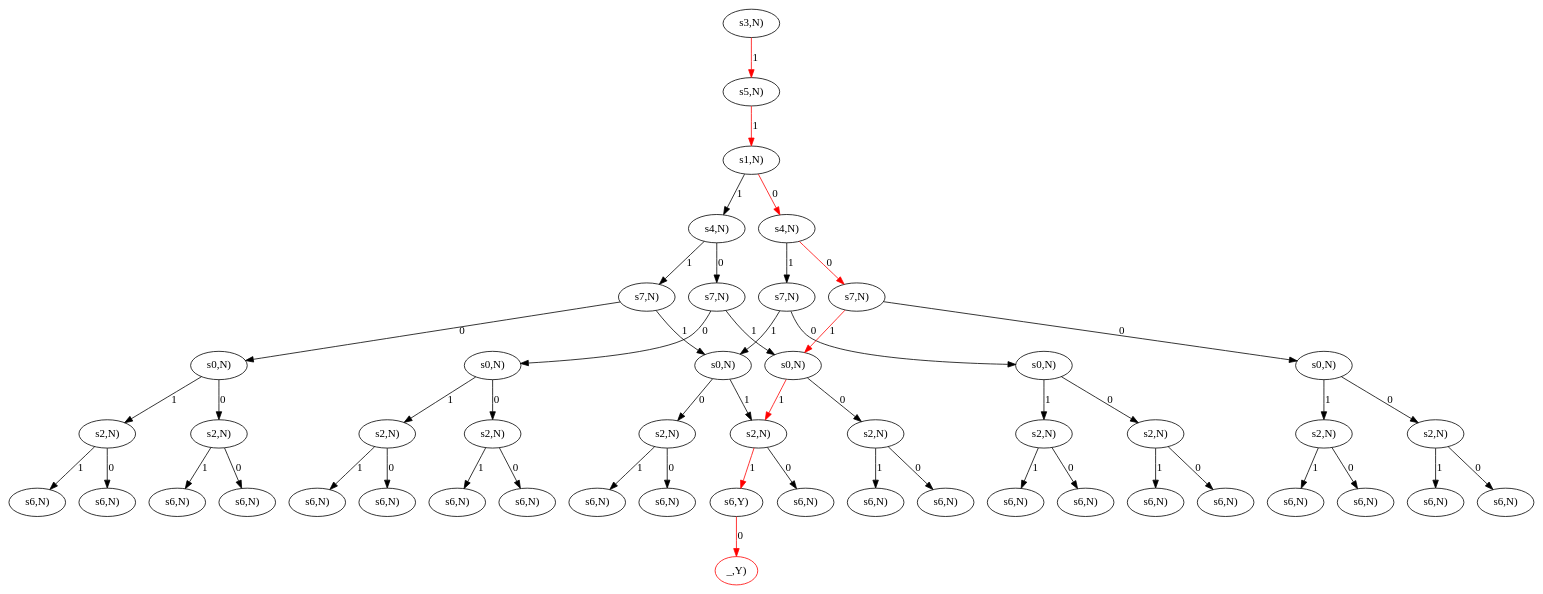
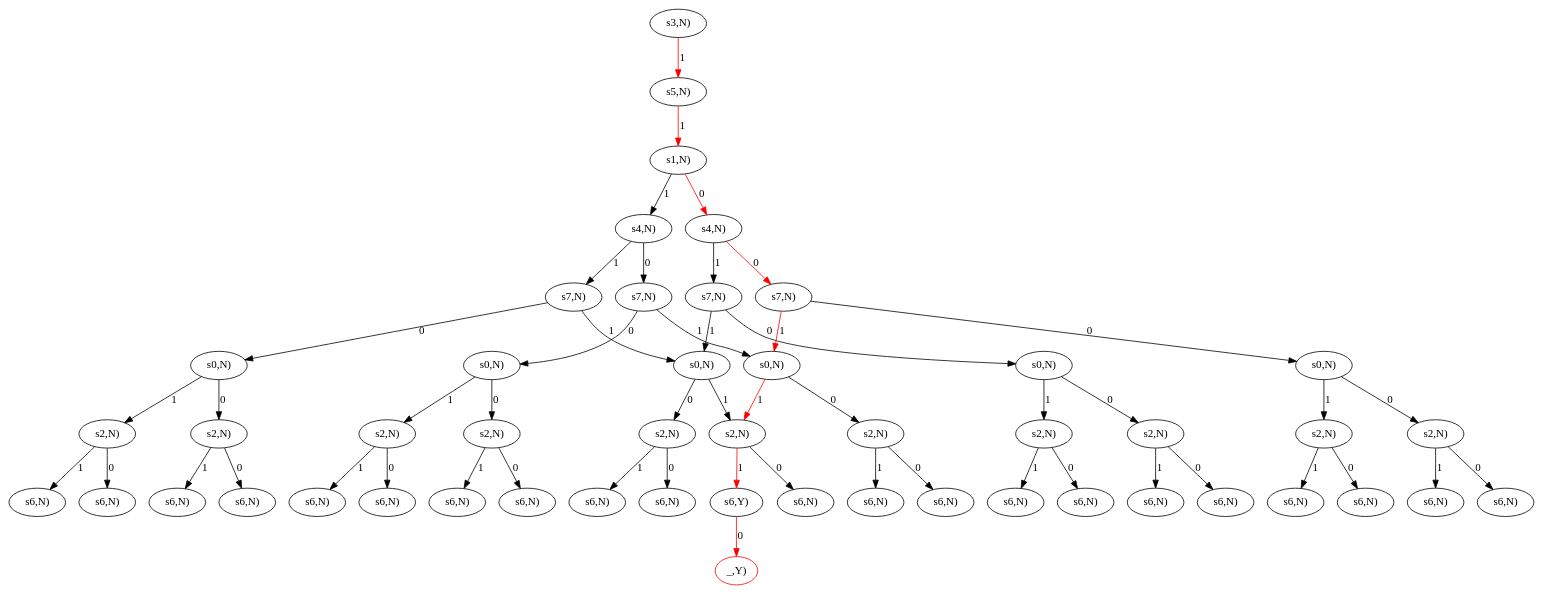
The diagram in java/EjemplosAlgoritmos/ficheros/subconjuntosBTGraph.gv (migueltoro/ada_v2_18), drawn with Graphviz before and after one commit. The commit also changed 321 other files, not shown here.

```diff
--- a/java/EjemplosAlgoritmos/ficheros/subconjuntosBTGraph.gv
+++ b/java/EjemplosAlgoritmos/ficheros/subconjuntosBTGraph.gv
@@ -1,102 +1,102 @@
 strict digraph G {
-  1 [ label="s3,N)" ];
-  2 [ label="s5,N)" ];
-  3 [ label="s1,N)" ];
-  4 [ label="s4,N)" ];
-  5 [ label="s7,N)" ];
-  6 [ label="s0,N)" ];
-  7 [ label="s2,N)" ];
-  8 [ label="s6,Y)" ];
-  9 [ color="red" label="_,Y)" ];
-  10 [ label="s6,N)" ];
-  11 [ label="s2,N)" ];
+  1 [ label="s6,Y)" ];
+  2 [ color="red" label="_,Y)" ];
+  3 [ label="s2,N)" ];
+  4 [ label="s6,N)" ];
+  5 [ label="s0,N)" ];
+  6 [ label="s2,N)" ];
+  7 [ label="s6,N)" ];
+  8 [ label="s6,N)" ];
+  9 [ label="s7,N)" ];
+  10 [ label="s2,N)" ];
+  11 [ label="s6,N)" ];
   12 [ label="s6,N)" ];
-  13 [ label="s6,N)" ];
-  14 [ label="s0,N)" ];
-  15 [ label="s2,N)" ];
+  13 [ label="s0,N)" ];
+  14 [ label="s2,N)" ];
+  15 [ label="s6,N)" ];
   16 [ label="s6,N)" ];
-  17 [ label="s6,N)" ];
-  18 [ label="s2,N)" ];
-  19 [ label="s6,N)" ];
+  17 [ label="s4,N)" ];
+  18 [ label="s0,N)" ];
+  19 [ label="s2,N)" ];
   20 [ label="s6,N)" ];
-  21 [ label="s7,N)" ];
-  22 [ label="s0,N)" ];
+  21 [ label="s6,N)" ];
+  22 [ label="s7,N)" ];
   23 [ label="s2,N)" ];
   24 [ label="s6,N)" ];
   25 [ label="s6,N)" ];
   26 [ label="s0,N)" ];
   27 [ label="s2,N)" ];
   28 [ label="s6,N)" ];
   29 [ label="s6,N)" ];
-  30 [ label="s2,N)" ];
-  31 [ label="s6,N)" ];
-  32 [ label="s6,N)" ];
-  33 [ label="s4,N)" ];
-  34 [ label="s7,N)" ];
+  30 [ label="s1,N)" ];
+  31 [ label="s7,N)" ];
+  32 [ label="s2,N)" ];
+  33 [ label="s6,N)" ];
+  34 [ label="s6,N)" ];
   35 [ label="s0,N)" ];
   36 [ label="s2,N)" ];
   37 [ label="s6,N)" ];
   38 [ label="s6,N)" ];
-  39 [ label="s2,N)" ];
-  40 [ label="s6,N)" ];
-  41 [ label="s6,N)" ];
-  42 [ label="s7,N)" ];
-  43 [ label="s0,N)" ];
-  44 [ label="s2,N)" ];
-  45 [ label="s6,N)" ];
+  39 [ label="s4,N)" ];
+  40 [ label="s7,N)" ];
+  41 [ label="s2,N)" ];
+  42 [ label="s6,N)" ];
+  43 [ label="s6,N)" ];
+  44 [ label="s0,N)" ];
+  45 [ label="s2,N)" ];
   46 [ label="s6,N)" ];
-  47 [ label="s2,N)" ];
-  48 [ label="s6,N)" ];
-  49 [ label="s6,N)" ];
-  8 -> 9 [ color="red" label="0" ];
-  7 -> 8 [ color="red" label="1" ];
-  7 -> 10 [ label="0" ];
+  47 [ label="s6,N)" ];
+  48 [ label="s5,N)" ];
+  49 [ label="s3,N)" ];
+  1 -> 2 [ color="red" label="0" ];
+  3 -> 1 [ color="red" label="1" ];
+  3 -> 4 [ label="0" ];
+  5 -> 3 [ label="1" ];
   6 -> 7 [ label="1" ];
-  11 -> 12 [ label="1" ];
-  11 -> 13 [ label="0" ];
-  6 -> 11 [ label="0" ];
-  5 -> 6 [ label="1" ];
-  15 -> 16 [ label="1" ];
-  15 -> 17 [ label="0" ];
+  6 -> 8 [ label="0" ];
+  5 -> 6 [ label="0" ];
+  9 -> 5 [ label="1" ];
+  10 -> 11 [ label="1" ];
+  10 -> 12 [ label="0" ];
+  13 -> 10 [ label="1" ];
   14 -> 15 [ label="1" ];
-  18 -> 19 [ label="1" ];
-  18 -> 20 [ label="0" ];
-  14 -> 18 [ label="0" ];
-  5 -> 14 [ label="0" ];
-  4 -> 5 [ label="1" ];
-  22 -> 7 [ color="red" label="1" ];
+  14 -> 16 [ label="0" ];
+  13 -> 14 [ label="0" ];
+  9 -> 13 [ label="0" ];
+  17 -> 9 [ label="1" ];
+  18 -> 3 [ color="red" label="1" ];
+  19 -> 20 [ label="1" ];
+  19 -> 21 [ label="0" ];
+  18 -> 19 [ label="0" ];
+  22 -> 18 [ label="1" ];
   23 -> 24 [ label="1" ];
   23 -> 25 [ label="0" ];
-  22 -> 23 [ label="0" ];
-  21 -> 22 [ label="1" ];
+  26 -> 23 [ label="1" ];
   27 -> 28 [ label="1" ];
   27 -> 29 [ label="0" ];
-  26 -> 27 [ label="1" ];
-  30 -> 31 [ label="1" ];
-  30 -> 32 [ label="0" ];
-  26 -> 30 [ label="0" ];
-  21 -> 26 [ label="0" ];
-  4 -> 21 [ label="0" ];
-  3 -> 4 [ label="1" ];
-  34 -> 6 [ label="1" ];
+  26 -> 27 [ label="0" ];
+  22 -> 26 [ label="0" ];
+  17 -> 22 [ label="0" ];
+  30 -> 17 [ label="1" ];
+  31 -> 5 [ label="1" ];
+  32 -> 33 [ label="1" ];
+  32 -> 34 [ label="0" ];
+  35 -> 32 [ label="1" ];
   36 -> 37 [ label="1" ];
   36 -> 38 [ label="0" ];
-  35 -> 36 [ label="1" ];
-  39 -> 40 [ label="1" ];
-  39 -> 41 [ label="0" ];
-  35 -> 39 [ label="0" ];
-  34 -> 35 [ label="0" ];
-  33 -> 34 [ label="1" ];
-  42 -> 22 [ color="red" label="1" ];
-  44 -> 45 [ label="1" ];
-  44 -> 46 [ label="0" ];
-  43 -> 44 [ label="1" ];
-  47 -> 48 [ label="1" ];
-  47 -> 49 [ label="0" ];
-  43 -> 47 [ label="0" ];
-  42 -> 43 [ label="0" ];
-  33 -> 42 [ color="red" label="0" ];
-  3 -> 33 [ color="red" label="0" ];
-  2 -> 3 [ color="red" label="1" ];
-  1 -> 2 [ color="red" label="1" ];
+  35 -> 36 [ label="0" ];
+  31 -> 35 [ label="0" ];
+  39 -> 31 [ label="1" ];
+  40 -> 18 [ color="red" label="1" ];
+  41 -> 42 [ label="1" ];
+  41 -> 43 [ label="0" ];
+  44 -> 41 [ label="1" ];
+  45 -> 46 [ label="1" ];
+  45 -> 47 [ label="0" ];
+  44 -> 45 [ label="0" ];
+  40 -> 44 [ label="0" ];
+  39 -> 40 [ color="red" label="0" ];
+  30 -> 39 [ color="red" label="0" ];
+  48 -> 30 [ color="red" label="1" ];
+  49 -> 48 [ color="red" label="1" ];
 }
```
